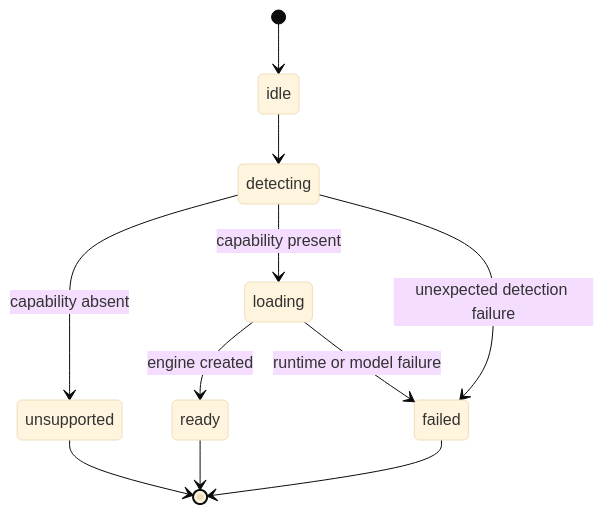
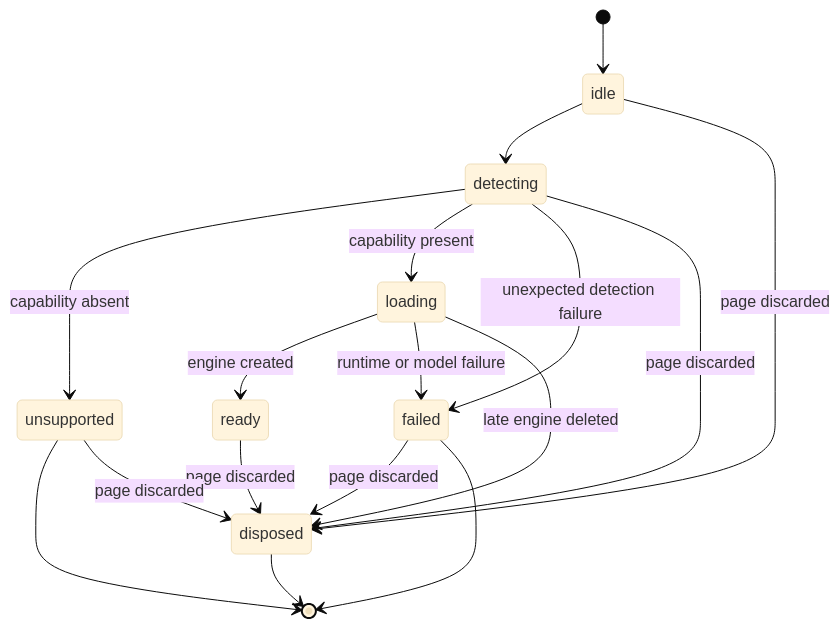
One commit to japboy/japboy.github.io changed the first of 2 diagrams in src/features/litert-lm/ARCHITECTURE.md. Above: the diagram before and after it, drawn with Mermaid (base theme). The commit also changed other lines of this file and 9 other files, not shown here.

First line of the commit message:
fix(litert-lm): manage page and engine lifecycle

````diff
--- a/src/features/litert-lm/ARCHITECTURE.md
+++ b/src/features/litert-lm/ARCHITECTURE.md
@@ -26,13 +27,19 @@
 ```mermaid
 stateDiagram-v2
   [*] --> idle
   idle --> detecting
   detecting --> unsupported: capability absent
   detecting --> loading: capability present
   detecting --> failed: unexpected detection failure
   loading --> ready: engine created
   loading --> failed: runtime or model failure
   unsupported --> [*]
-  ready --> [*]
+  ready --> disposed: page discarded
+  idle --> disposed: page discarded
+  detecting --> disposed: page discarded
+  loading --> disposed: late engine deleted
+  unsupported --> disposed: page discarded
+  failed --> disposed: page discarded
+  disposed --> [*]
   failed --> [*]
 ```
````
